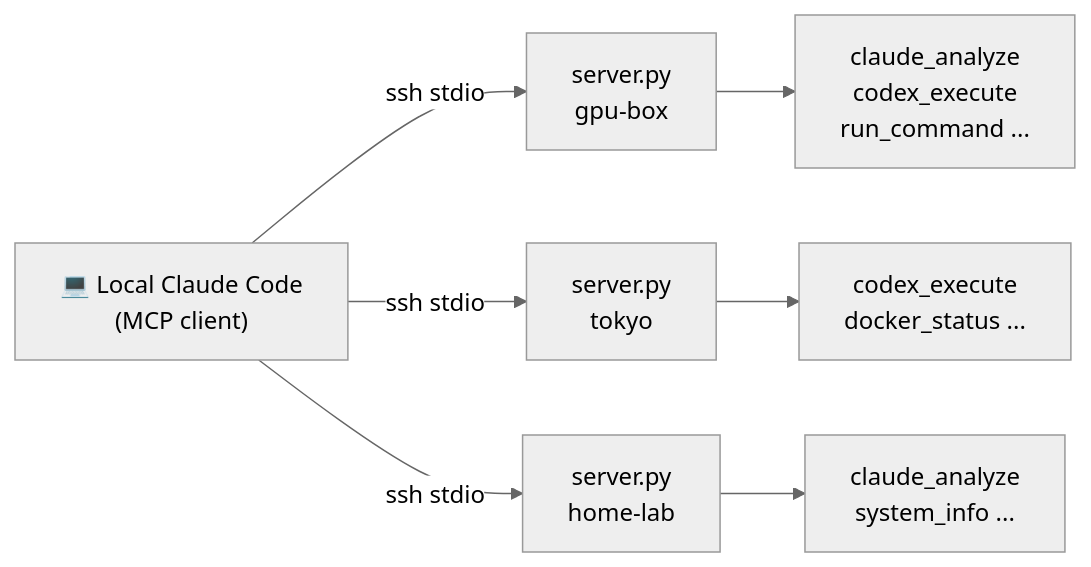
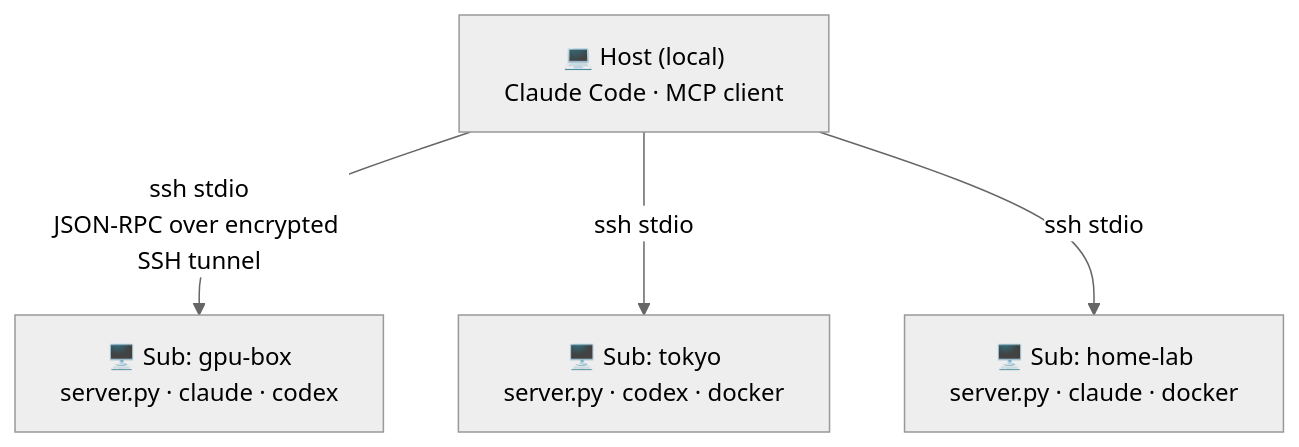
Before and after one commit to hashiruu/infinite-subagent: the first of 5 diagrams in README.en.md, drawn with Mermaid (neutral theme). The commit also changed other lines of this file and 1 other file, not shown here.

First line of the commit message:
docs: rewrite README — all-mermaid diagrams, host/sub tagging, restructured

````diff
--- a/README.en.md
+++ b/README.en.md
@@ -24,10 +25,7 @@
 ```mermaid
-graph LR
-  CC["💻 Local Claude Code<br/>(MCP client)"]
-  CC -->|ssh stdio| S1["server.py<br/>gpu-box"]
-  CC -->|ssh stdio| S2["server.py<br/>tokyo"]
-  CC -->|ssh stdio| S3["server.py<br/>home-lab"]
-  S1 --> T1["claude_analyze<br/>codex_execute<br/>run_command ..."]
-  S2 --> T2["codex_execute<br/>docker_status ..."]
-  S3 --> T3["claude_analyze<br/>system_info ..."]
+graph TB
+  CC["💻 Host (local)<br/>Claude Code · MCP client"]
+  CC -->|"ssh stdio<br/>JSON-RPC over encrypted SSH tunnel"| S1["🖥️ Sub: gpu-box<br/>server.py · claude · codex"]
+  CC -->|"ssh stdio"| S2["🖥️ Sub: tokyo<br/>server.py · codex · docker"]
+  CC -->|"ssh stdio"| S3["🖥️ Sub: home-lab<br/>server.py · claude · docker"]
 ```
````
